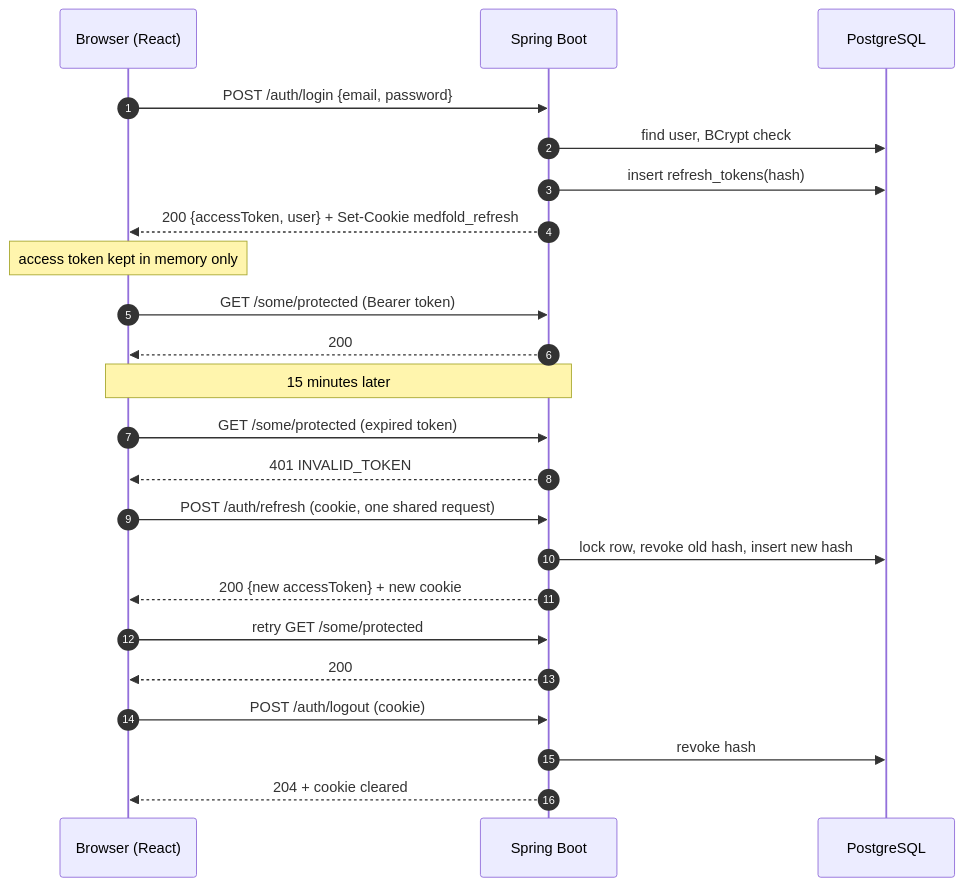
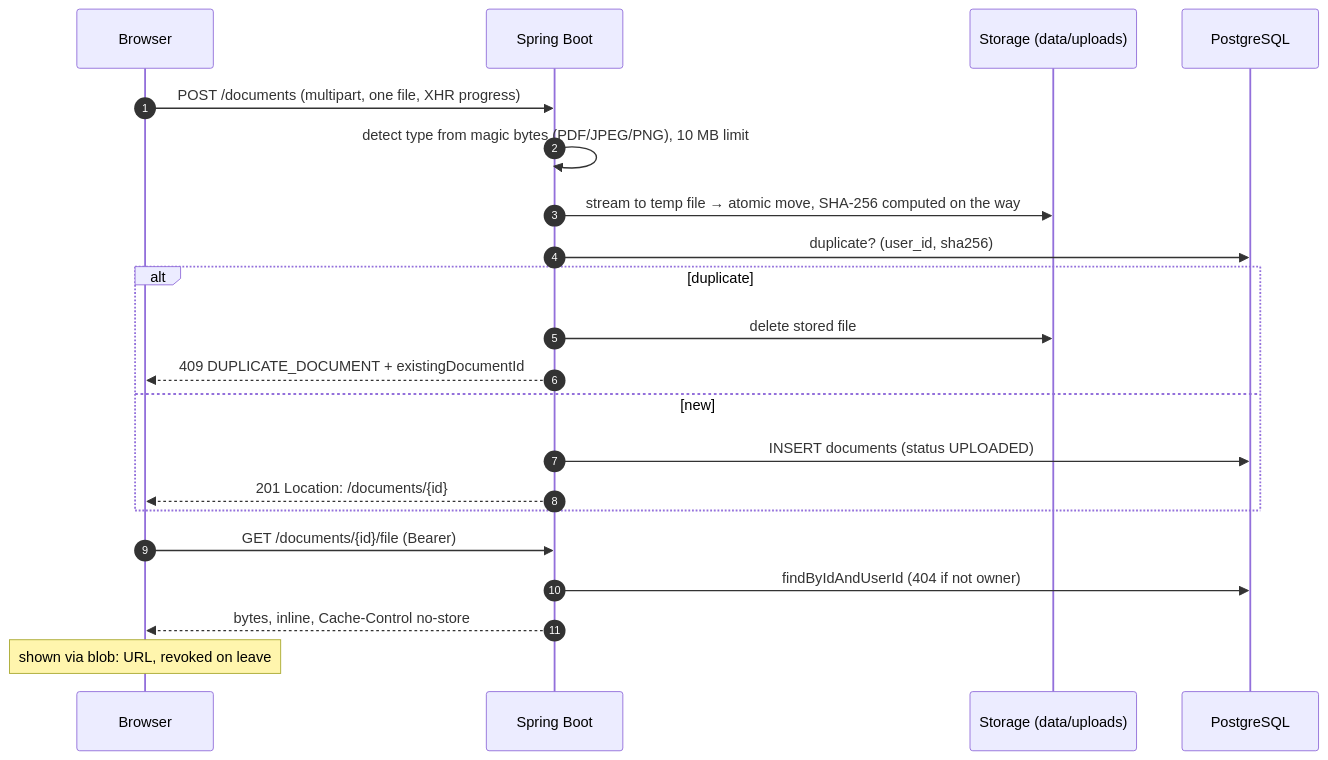
One commit to n3h4a/medfold changed the second of 2 diagrams in docs/architecture.md. Above: the diagram before and after it, drawn with Mermaid. The commit also changed other lines of this file, not shown here.

First line of the commit message:
docs: add architecture recap for tasks 11-20 (documents, OCR, extraction contract)

````diff
--- a/docs/architecture.md
+++ b/docs/architecture.md
@@ -76,29 +69,25 @@
 ```mermaid
 sequenceDiagram
     autonumber
-    participant B as Browser (React)
+    participant B as Browser
     participant API as Spring Boot
+    participant FS as Storage (data/uploads)
     participant DB as PostgreSQL
 
-    B->>API: POST /auth/login {email, password}
-    API->>DB: find user, BCrypt check
-    API->>DB: insert refresh_tokens(hash)
-    API-->>B: 200 {accessToken, user} + Set-Cookie medfold_refresh
-    Note over B: access token kept in memory only
+    B->>API: POST /documents (multipart, one file, XHR progress)
+    API->>API: detect type from magic bytes (PDF/JPEG/PNG), 10 MB limit
+    API->>FS: stream to temp file → atomic move, SHA-256 computed on the way
+    API->>DB: duplicate? (user_id, sha256)
+    alt duplicate
+        API->>FS: delete stored file
+        API-->>B: 409 DUPLICATE_DOCUMENT + existingDocumentId
+    else new
+        API->>DB: INSERT documents (status UPLOADED)
+        API-->>B: 201 Location: /documents/{id}
+    end
 
-    B->>API: GET /some/protected (Bearer token)
-    API-->>B: 200
-
-    Note over B,API: 15 minutes later
-    B->>API: GET /some/protected (expired token)
-    API-->>B: 401 INVALID_TOKEN
-    B->>API: POST /auth/refresh (cookie, one shared request)
-    API->>DB: lock row, revoke old hash, insert new hash
-    API-->>B: 200 {new accessToken} + new cookie
-    B->>API: retry GET /some/protected
-    API-->>B: 200
-
-    B->>API: POST /auth/logout (cookie)
-    API->>DB: revoke hash
-    API-->>B: 204 + cookie cleared
+    B->>API: GET /documents/{id}/file (Bearer)
+    API->>DB: findByIdAndUserId (404 if not owner)
+    API-->>B: bytes, inline, Cache-Control no-store
+    Note over B: shown via blob: URL, revoked on leave
 ```
````
